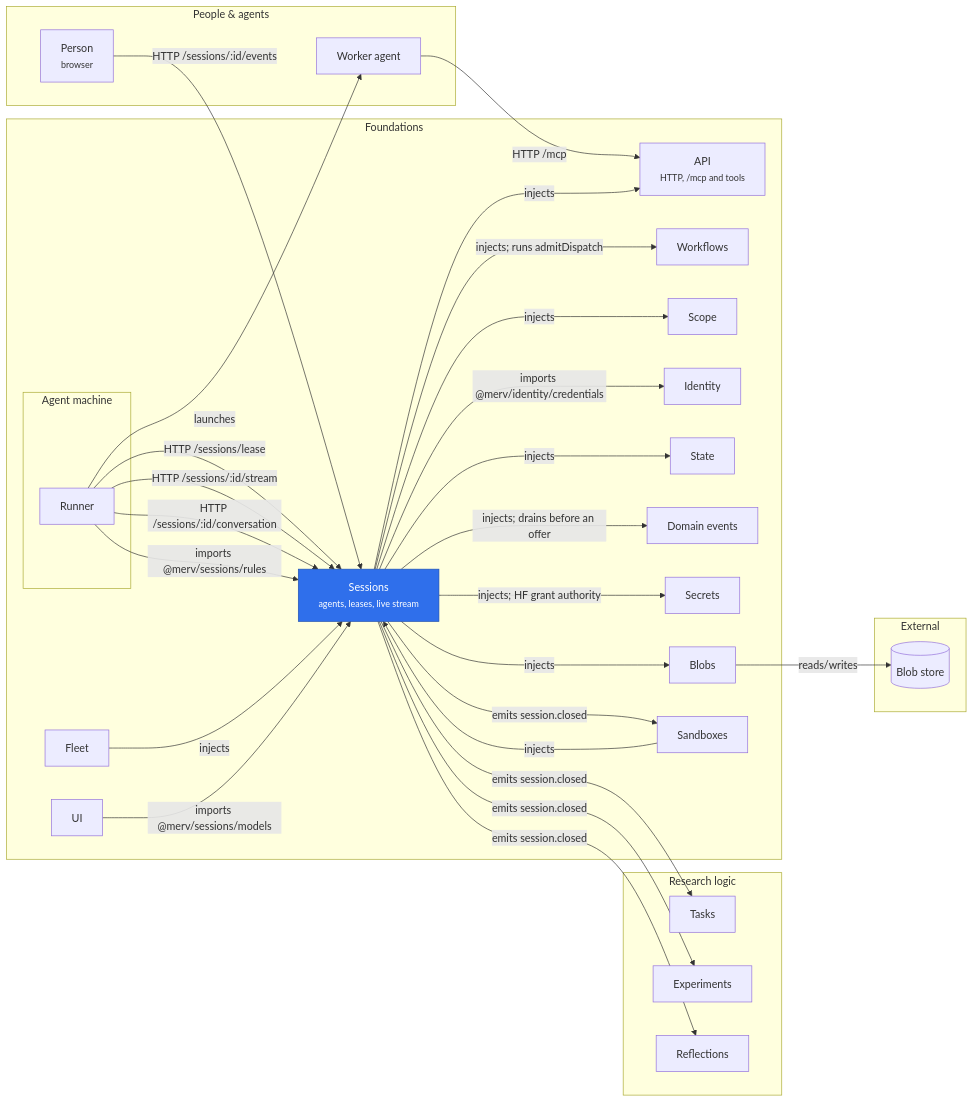
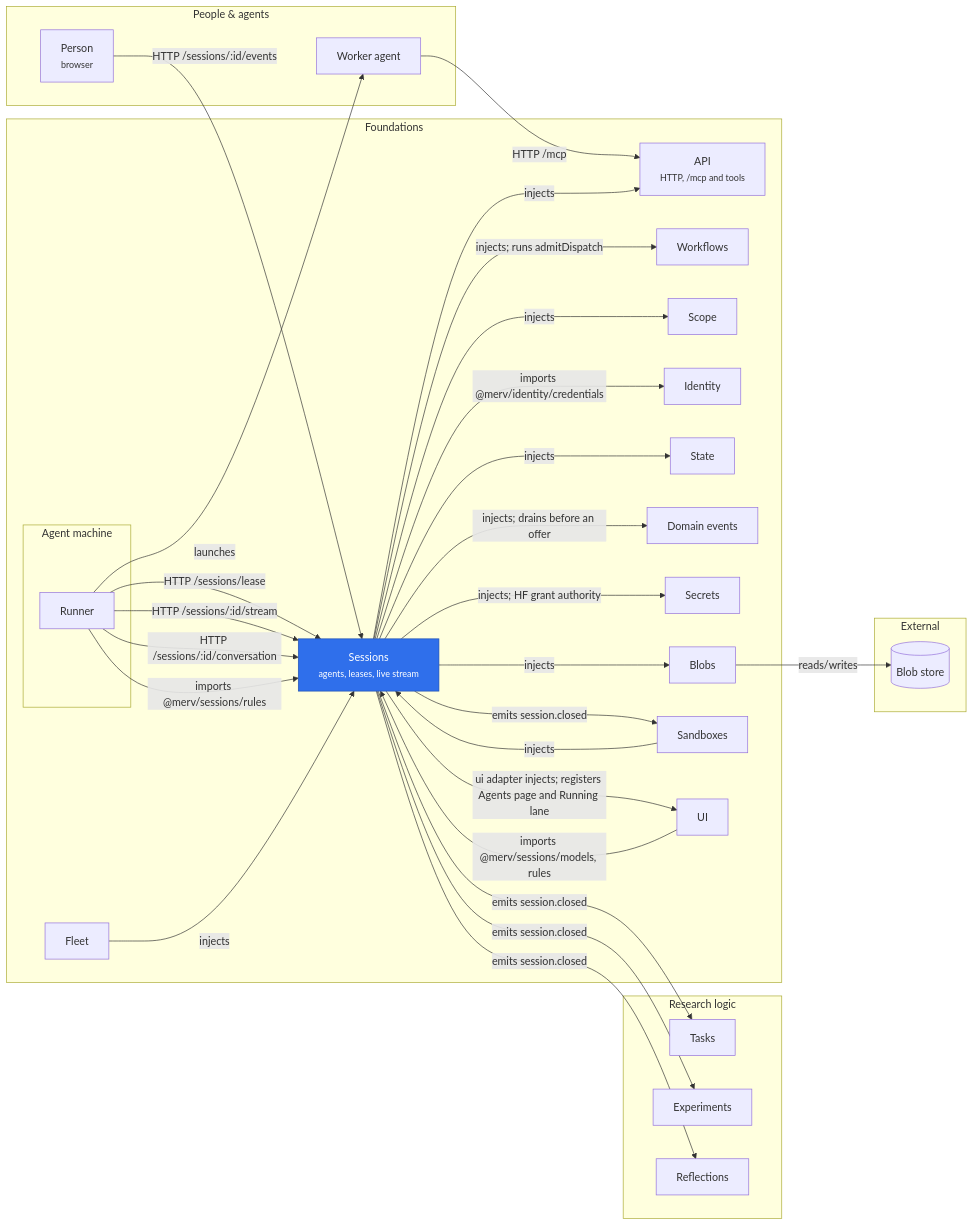
One commit to rapidreview-io/Merv changed the diagram in merv-typescript/packages/sessions/README.md. Above: the diagram before and after it, drawn with Mermaid. The commit also changed 2 other files, not shown here.

Commit message:
Draw the Experiments, Scope and UI edges of Reflections, Paper's Reviews rules and Sessions' UI adapter
Reflections' change specification imports @merv/experiments/rules, and it
injects Scope and registers its page with the UI. Paper imports
@merv/reviews/rules. Sessions' UI adapter injects the UI, which imports
@merv/sessions/rules for the platform phrase.

````diff
--- a/merv-typescript/packages/sessions/README.md
+++ b/merv-typescript/packages/sessions/README.md
@@ -16,57 +16,58 @@
 ```mermaid
 flowchart LR
   subgraph peopleLayer["People & agents"]
     person["Person<br/><small>browser</small>"]
     workerAgent["Worker agent"]
   end
   subgraph researchLayer["Research logic"]
     tasks["Tasks"]
     experiments["Experiments"]
     reflections["Reflections"]
   end
   subgraph foundationsLayer["Foundations"]
     subgraph machine["Agent machine"]
       runner["Runner"]
     end
     api["API<br/><small>HTTP, /mcp and tools</small>"]
     sessions["Sessions<br/><small>agents, leases, live stream</small>"]
     workflows["Workflows"]
     scope["Scope"]
     identity["Identity"]
     state["State"]
     domainEvents["Domain events"]
     secrets["Secrets"]
     blobs["Blobs"]
     fleet["Fleet"]
     sandboxes["Sandboxes"]
     ui["UI"]
   end
   subgraph externalLayer["External"]
     blobStore[("Blob store")]
   end
   runner -- "launches" --> workerAgent
   runner -- "HTTP /sessions/lease" --> sessions
   runner -- "HTTP /sessions/:id/stream" --> sessions
   runner -- "HTTP /sessions/:id/conversation" --> sessions
   workerAgent -- "HTTP /mcp" --> api
   person -- "HTTP /sessions/:id/events" --> sessions
   sessions -- "injects" --> api
   sessions -- "injects; runs admitDispatch" --> workflows
   sessions -- "injects" --> scope
   sessions -- "imports @merv/identity/credentials" --> identity
   sessions -- "injects" --> state
   sessions -- "injects; drains before an offer" --> domainEvents
   sessions -- "injects; HF grant authority" --> secrets
   runner -- "imports @merv/sessions/rules" --> sessions
   sessions -- "injects" --> blobs
   blobs -- "reads/writes" --> blobStore
   fleet -- "injects" --> sessions
-  ui -- "imports @merv/sessions/models" --> sessions
+  ui -- "imports @merv/sessions/models, rules" --> sessions
+  sessions -- "ui adapter injects; registers Agents page and Running lane" --> ui
   sandboxes -- "injects" --> sessions
   sessions -- "emits session.closed" --> tasks
   sessions -- "emits session.closed" --> experiments
   sessions -- "emits session.closed" --> reflections
   sessions -- "emits session.closed" --> sandboxes
   classDef self fill:#2f6feb,color:#fff,stroke:#1f4fb0
   class sessions self
 ```
````
